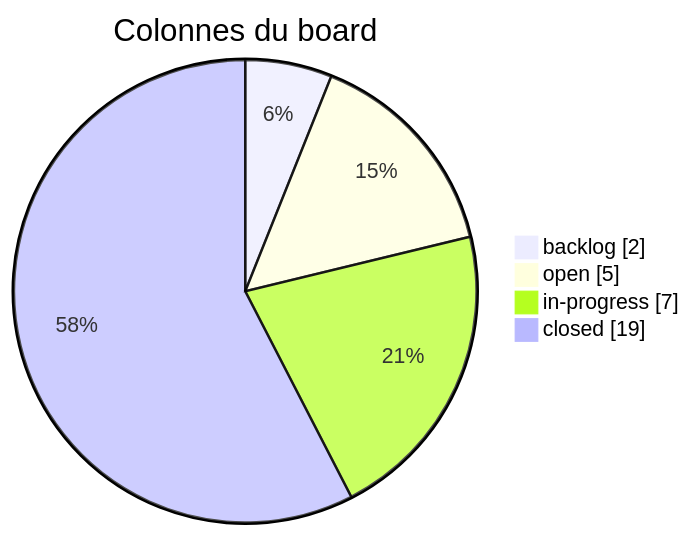
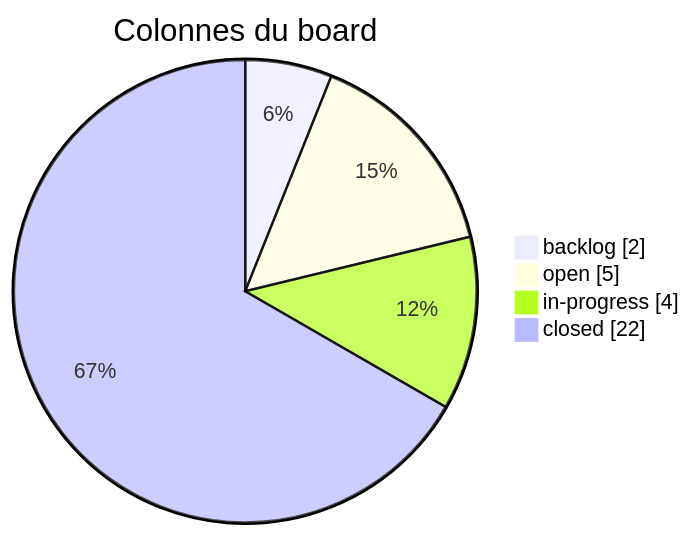
One commit to Gooseppr/GevOps_LC changed the third of 7 diagrams in modules/M51_projet-board-J11.md. Above: the diagram before and after it, drawn with Mermaid. The commit also changed other lines of this file and 6 other files, not shown here.

````diff
--- a/modules/M51_projet-board-J11.md
+++ b/modules/M51_projet-board-J11.md
@@ -47,8 +47,8 @@
 ```mermaid
 pie showData
     title Colonnes du board
     "backlog" : 2
     "open" : 5
-    "in-progress" : 7
-    "closed" : 19
+    "in-progress" : 4
+    "closed" : 22
 ```
````
